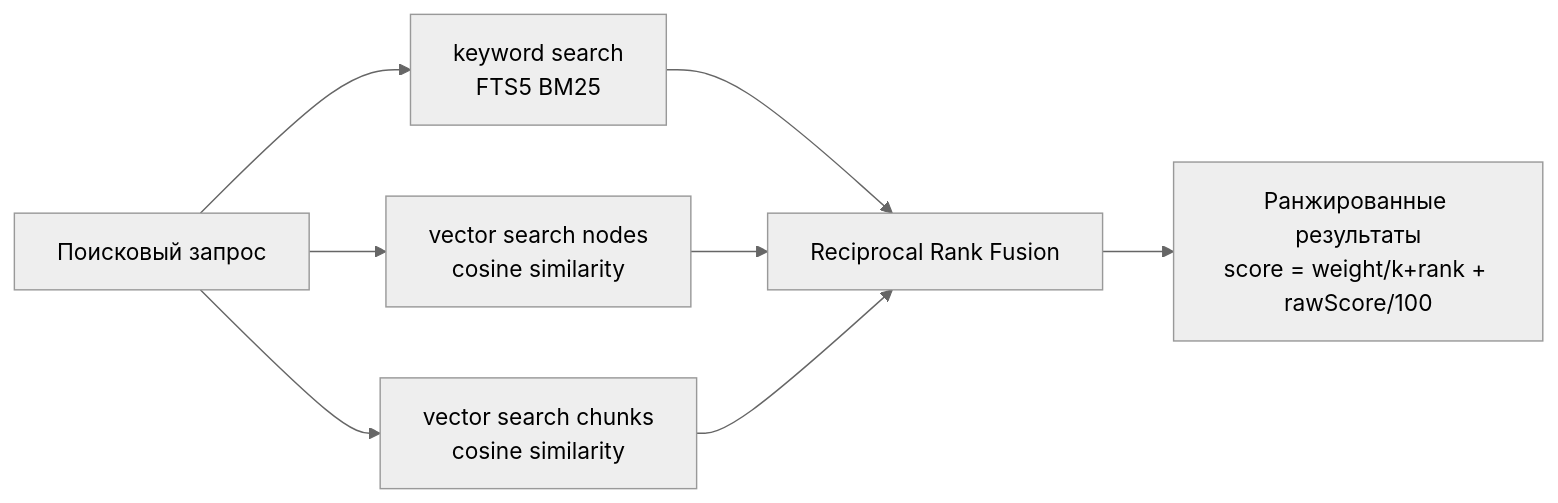
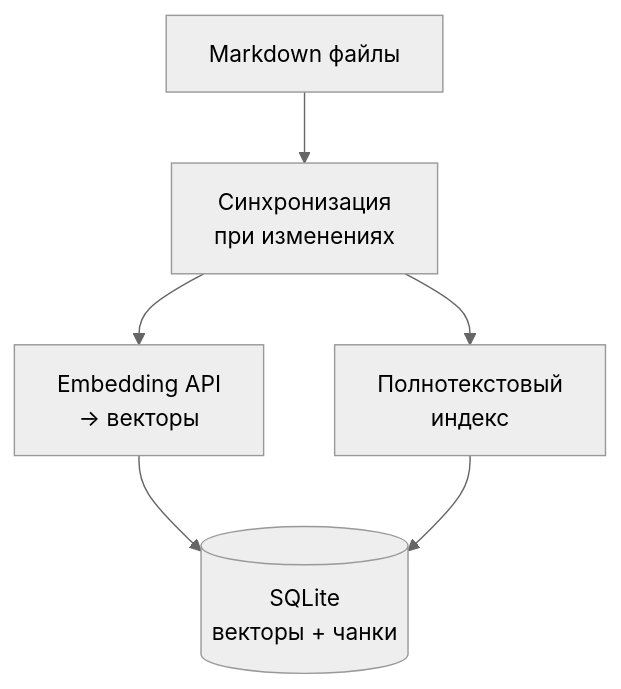
The sixth of 13 diagrams in docs/presentations/knowledge-db-overview.md (strider2038/knowledge-db), drawn with Mermaid (neutral theme) before and after one commit. The commit also changed other lines of this file, not shown here.

Commit message:
docs: simplify diagrams to focus on conceptual decisions

````diff
--- a/docs/presentations/knowledge-db-overview.md
+++ b/docs/presentations/knowledge-db-overview.md
@@ -365,12 +171,8 @@
 ```mermaid
-flowchart LR
-    QUERY[Поисковый запрос] --> KW[keyword search<br/>FTS5 BM25]
-    QUERY --> VEC_NODE[vector search nodes<br/>cosine similarity]
-    QUERY --> VEC_CHUNK[vector search chunks<br/>cosine similarity]
-    
-    KW --> RRF[Reciprocal Rank Fusion]
-    VEC_NODE --> RRF
-    VEC_CHUNK --> RRF
-    
-    RRF --> RESULT[Ранжированные результаты<br/>score = weight/k+rank + rawScore/100]
+flowchart TD
+    FILES[Markdown файлы] --> SYNC[Синхронизация<br/>при изменениях]
+    SYNC --> EMB[Embedding API<br/>→ векторы]
+    SYNC --> FTS[Полнотекстовый<br/>индекс]
+    EMB --> DB[(SQLite<br/>векторы + чанки)]
+    FTS --> DB
 ```
````
